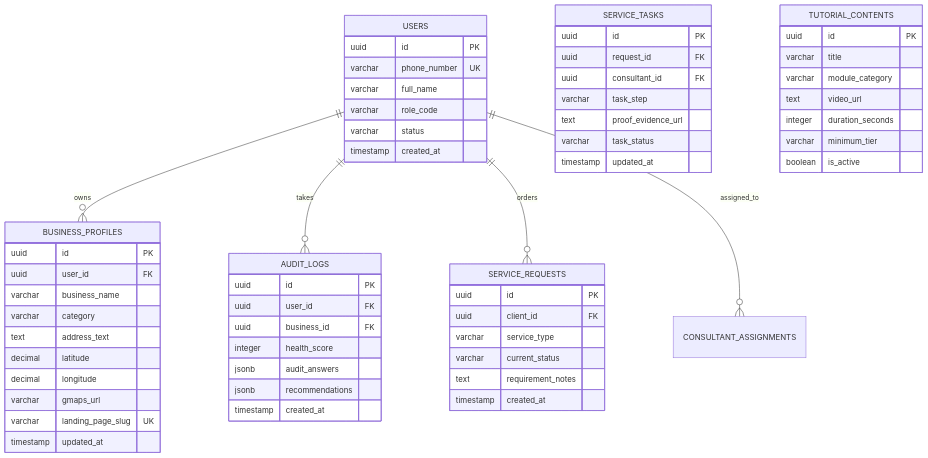
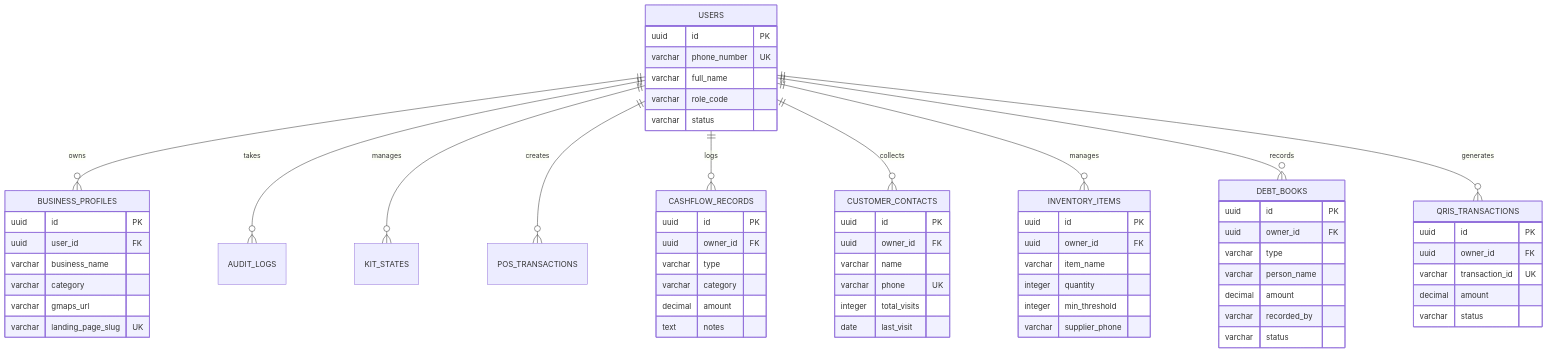
The diagram in docs/ARCHITECTURE.md (Raskzor/umkm), drawn with Mermaid before and after one commit. The commit also changed other lines of this file and 4 other files, not shown here.

Commit message:
docs: expand system requirements, user flows, architecture, and RBAC documentation

````diff
--- a/docs/ARCHITECTURE.md
+++ b/docs/ARCHITECTURE.md
@@ -47,68 +51,74 @@
 ```mermaid
 erDiagram
     USERS ||--o{ BUSINESS_PROFILES : owns
     USERS ||--o{ AUDIT_LOGS : takes
-    USERS ||--o{ SERVICE_REQUESTS : orders
-    USERS ||--o{ CONSULTANT_ASSIGNMENTS : assigned_to
+    USERS ||--o{ KIT_STATES : manages
+    USERS ||--o{ POS_TRANSACTIONS : creates
+    USERS ||--o{ CASHFLOW_RECORDS : logs
+    USERS ||--o{ CUSTOMER_CONTACTS : collects
+    USERS ||--o{ INVENTORY_ITEMS : manages
+    USERS ||--o{ DEBT_BOOKS : records
+    USERS ||--o{ QRIS_TRANSACTIONS : generates
 
     USERS {
         uuid id PK
         varchar phone_number UK
         varchar full_name
         varchar role_code
         varchar status
-        timestamp created_at
     }
 
     BUSINESS_PROFILES {
         uuid id PK
         uuid user_id FK
         varchar business_name
         varchar category
-        text address_text
-        decimal latitude
-        decimal longitude
         varchar gmaps_url
         varchar landing_page_slug UK
-        timestamp updated_at
     }
 
-    AUDIT_LOGS {
+    CASHFLOW_RECORDS {
         uuid id PK
-        uuid user_id FK
-        uuid business_id FK
-        integer health_score
-        jsonb audit_answers
-        jsonb recommendations
-        timestamp created_at
+        uuid owner_id FK
+        varchar type
+        varchar category
+        decimal amount
+        text notes
     }
 
-    SERVICE_REQUESTS {
+    CUSTOMER_CONTACTS {
         uuid id PK
-        uuid client_id FK
-        varchar service_type
-        varchar current_status
-        text requirement_notes
-        timestamp created_at
+        uuid owner_id FK
+        varchar name
+        varchar phone UK
+        integer total_visits
+        date last_visit
     }
 
-    SERVICE_TASKS {
+    INVENTORY_ITEMS {
         uuid id PK
-        uuid request_id FK
-        uuid consultant_id FK
-        varchar task_step
-        text proof_evidence_url
-        varchar task_status
-        timestamp updated_at
+        uuid owner_id FK
+        varchar item_name
+        integer quantity
+        integer min_threshold
+        varchar supplier_phone
     }
 
-    TUTORIAL_CONTENTS {
+    DEBT_BOOKS {
         uuid id PK
-        varchar title
-        varchar module_category
-        text video_url
-        integer duration_seconds
-        varchar minimum_tier
-        boolean is_active
+        uuid owner_id FK
+        varchar type
+        varchar person_name
+        decimal amount
+        varchar recorded_by
+        varchar status
+    }
+
+    QRIS_TRANSACTIONS {
+        uuid id PK
+        uuid owner_id FK
+        varchar transaction_id UK
+        decimal amount
+        varchar status
     }
 ```
````
